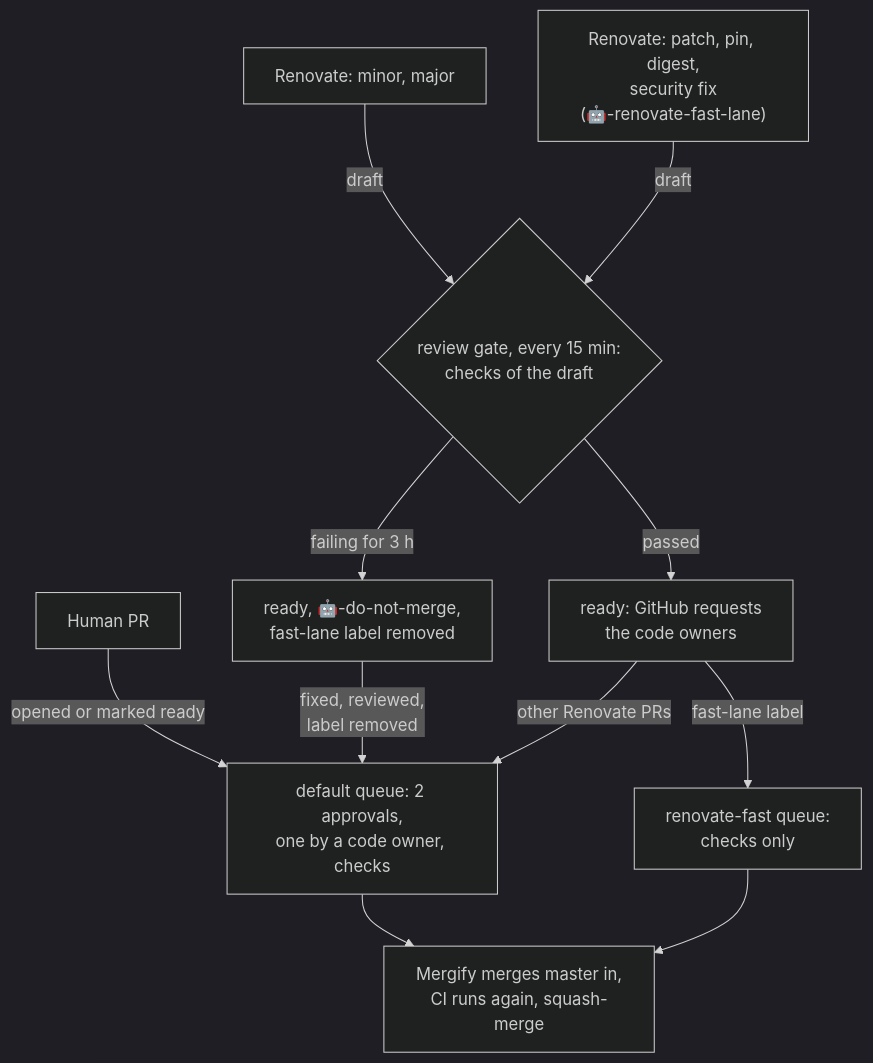
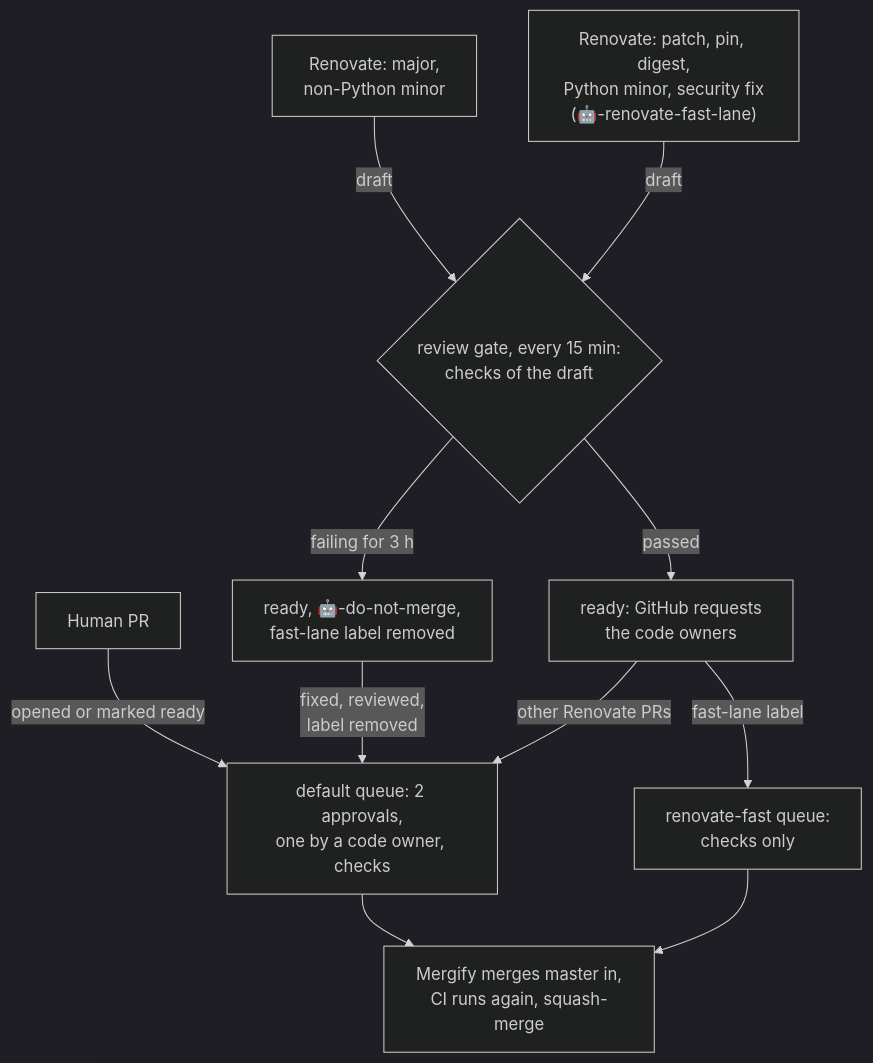
Before and after one commit to ITISFoundation/osparc-simcore: the first of 2 diagrams in docs/renovate.md, drawn with Mermaid (dark theme). The commit also changed other lines of this file and 2 other files, not shown here.

Commit message:
🔨🤖 chore(renovate): group stubs, pytest plugins and boto; Python minors in the fast lane (#9990)

````diff
--- a/docs/renovate.md
+++ b/docs/renovate.md
@@ -69,23 +72,23 @@
 ```mermaid
 flowchart TD
     human["Human PR"]
-    fast["Renovate: patch, pin, digest,<br/>security fix<br/>(🤖-renovate-fast-lane)"]
-    other["Renovate: minor, major"]
+    fast["Renovate: patch, pin, digest,<br/>Python minor, security fix<br/>(🤖-renovate-fast-lane)"]
+    other["Renovate: major,<br/>non-Python minor"]
     gate{"review gate, every 15 min:<br/>checks of the draft"}
     ready["ready: GitHub requests<br/>the code owners"]
     held["ready, 🤖-do-not-merge,<br/>fast-lane label removed"]
     fastq["renovate-fast queue:<br/>checks only"]
     defq["default queue: 2 approvals,<br/>one by a code owner, checks"]
     merge["Mergify merges master in,<br/>CI runs again, squash-merge"]
 
     human -- "opened or marked ready" --> defq
     fast -- "draft" --> gate
     other -- "draft" --> gate
     gate -- "passed" --> ready
     gate -- "failing for 3 h" --> held
     held -- "fixed, reviewed,<br/>label removed" --> defq
     ready -- "fast-lane label" --> fastq
     ready -- "other Renovate PRs" --> defq
     fastq --> merge
     defq --> merge
 ```
````
